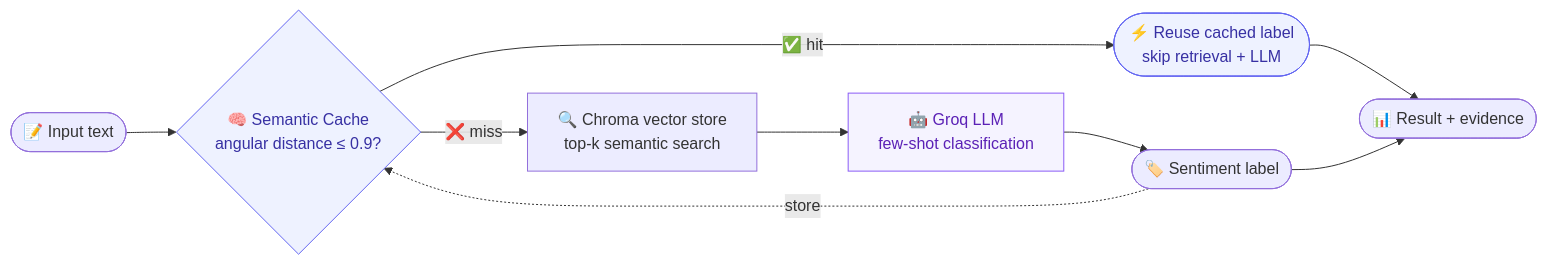
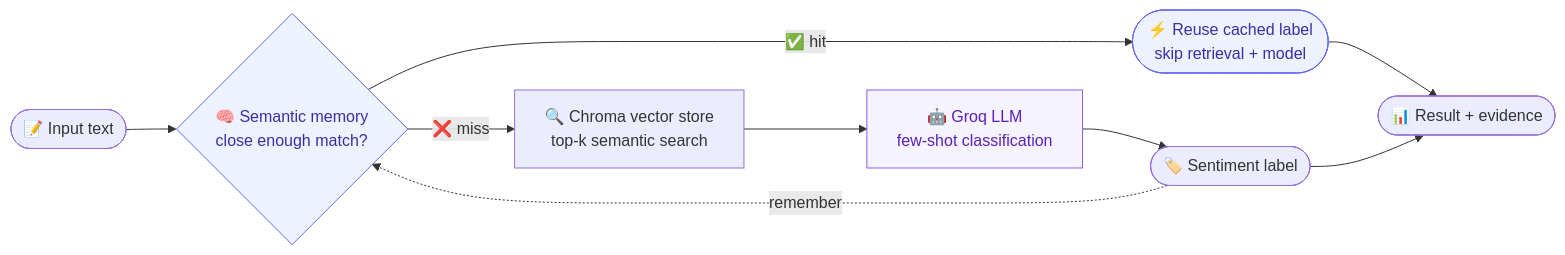
The diagram in README.md (KhouloudMN97/multisent-rag-demo), drawn with Mermaid before and after one commit. The commit also changed other lines of this file and 2 other files, not shown here.

````diff
--- a/README.md
+++ b/README.md
@@ -46,16 +50,16 @@
 ```mermaid
 flowchart LR
-    A([📝 Input text]) --> B{🧠 Semantic Cache<br/>angular distance ≤ 0.9?}
-    B -- ✅ hit --> C([⚡ Reuse cached label<br/>skip retrieval + LLM])
+    A([📝 Input text]) --> B{🧠 Semantic memory<br/>close enough match?}
+    B -- ✅ hit --> C([⚡ Reuse cached label<br/>skip retrieval + model])
     B -- ❌ miss --> D[🔍 Chroma vector store<br/>top-k semantic search]
     D --> E[🤖 Groq LLM<br/>few-shot classification]
     E --> F([🏷️ Sentiment label])
-    F -. store .-> B
+    F -. remember .-> B
     C --> R([📊 Result + evidence])
     F --> R
 
-    classDef cache fill:#eef2ff,stroke:#6366f1,color:#3730a3;
+    classDef mem fill:#eef2ff,stroke:#6366f1,color:#3730a3;
     classDef llm fill:#f5f3ff,stroke:#8b5cf6,color:#5b21b6;
-    class B,C cache;
+    class B,C mem;
     class E llm;
 ```
````
